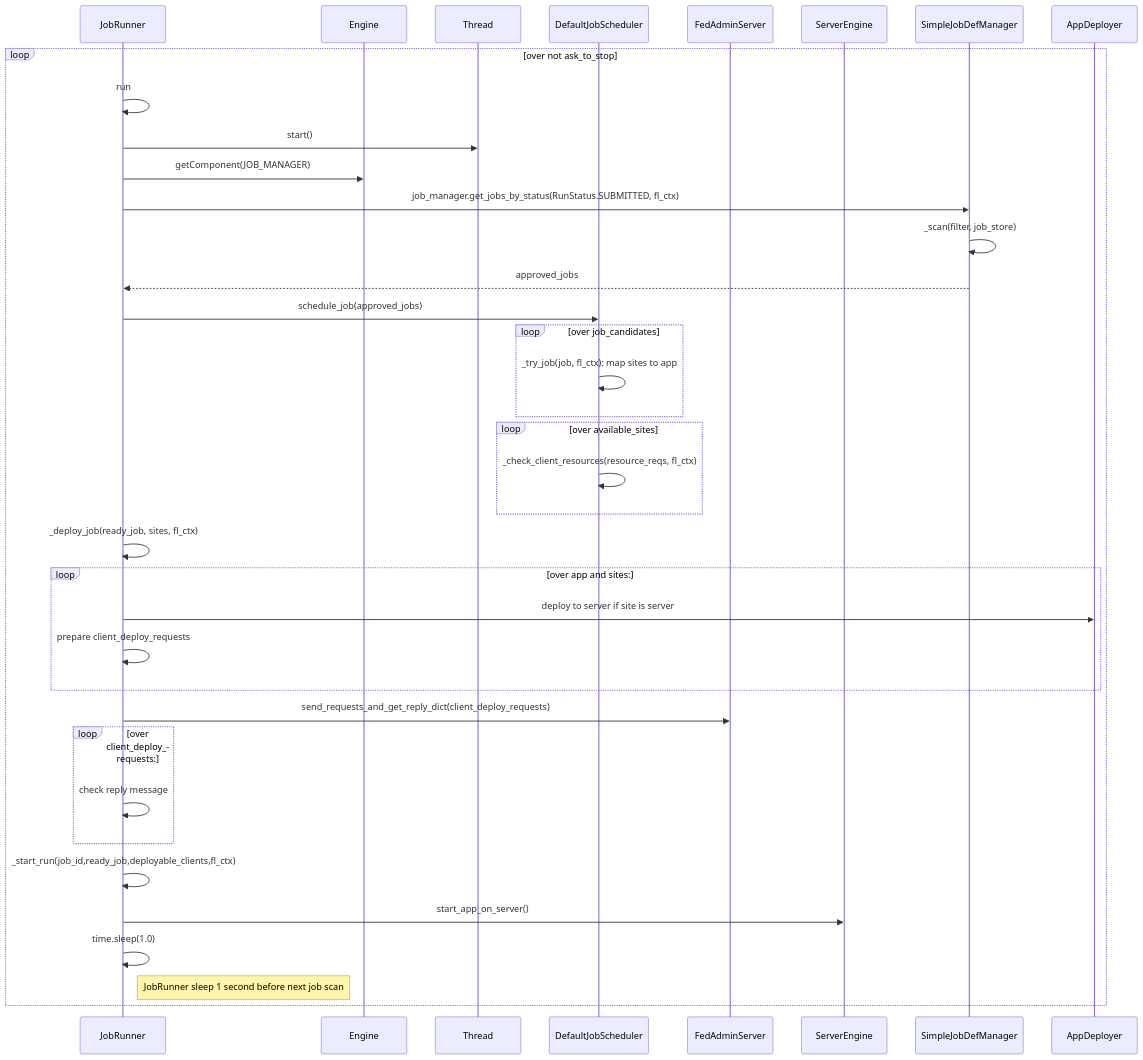
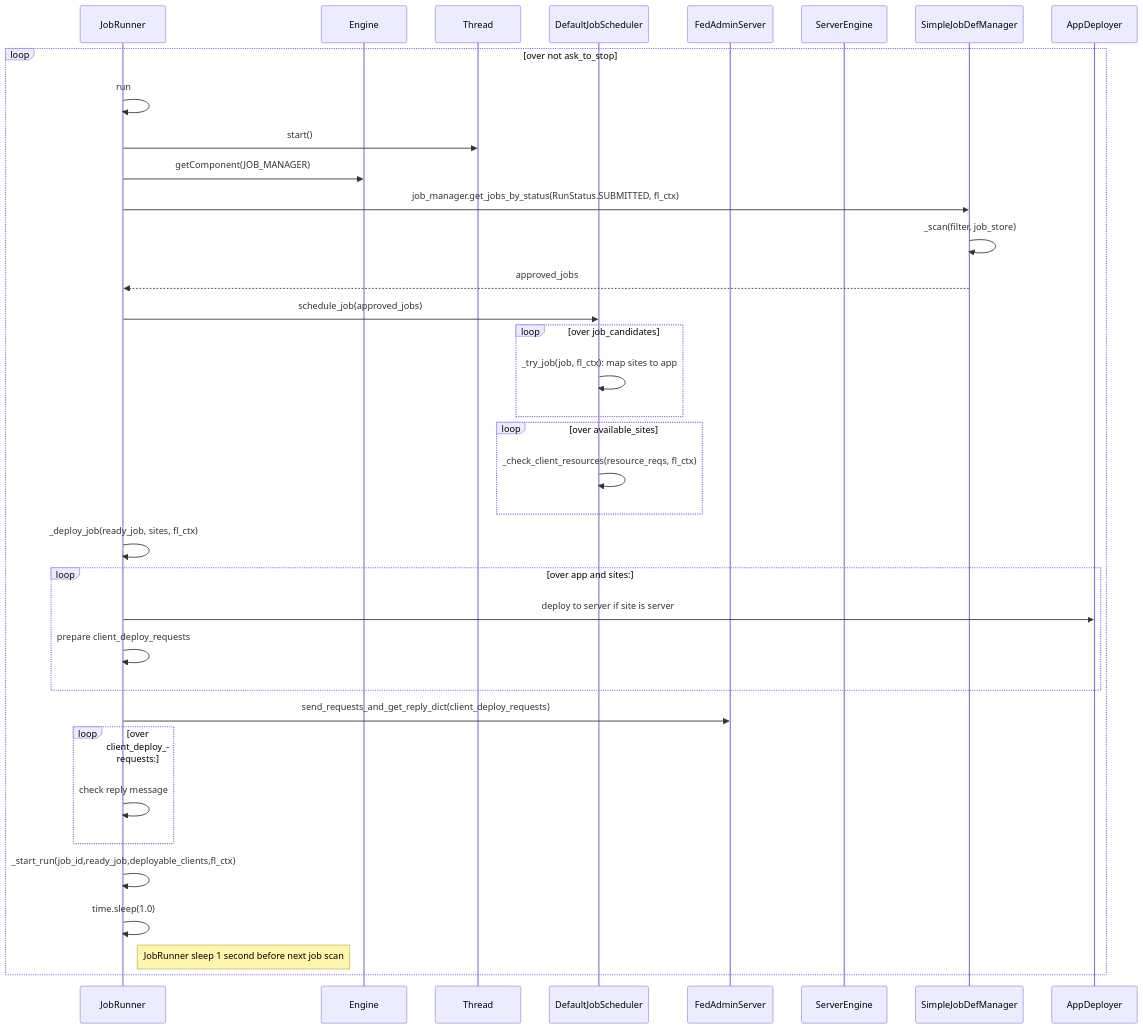
One commit to hitesh-ag1/NVFlare changed the eighth of 16 diagrams in docs/system_state_and_flow/system_workflow.md. Above: the diagram before and after it, drawn with Mermaid. The commit also changed other lines of this file and 17 other files, not shown here.

Commit message:
Add SVG graphs generated from mermaid_cli from Mermaid Graph

````diff
--- a/docs/system_state_and_flow/system_workflow.md
+++ b/docs/system_state_and_flow/system_workflow.md
@@ -223,43 +223,42 @@
 ```mermaid
 sequenceDiagram
     participant JobRunner
     participant Engine
     participant Thread
     participant DefaultJobScheduler
     participant FedAdminServer
     participant ServerEngine
     
     loop over not ask_to_stop
         JobRunner ->> JobRunner : run
         JobRunner ->> Thread : start()
         JobRunner ->> Engine : getComponent(JOB_MANAGER)
         JobRunner ->> SimpleJobDefManager: job_manager.get_jobs_by_status(RunStatus.SUBMITTED, fl_ctx)
         SimpleJobDefManager ->> SimpleJobDefManager: _scan(filter, job_store)
         SimpleJobDefManager -->> JobRunner: approved_jobs
         JobRunner ->> DefaultJobScheduler: schedule_job(approved_jobs)
         loop over job_candidates
             DefaultJobScheduler ->> DefaultJobScheduler: _try_job(job, fl_ctx): map sites to app; 
         end
         loop over available_sites
             DefaultJobScheduler ->> DefaultJobScheduler: _check_client_resources(resource_reqs, fl_ctx)
         end 
         
         JobRunner ->> JobRunner: _deploy_job(ready_job, sites, fl_ctx)
         loop over app and sites: 
             JobRunner ->> AppDeployer: deploy to server if site is server 
             JobRunner ->> JobRunner: prepare client_deploy_requests
         end
         JobRunner ->> FedAdminServer: send_requests_and_get_reply_dict(client_deploy_requests)
 
         loop over client_deploy_requests: 
             JobRunner ->> JobRunner : check reply message
         end
         
         JobRunner ->> JobRunner: _start_run(job_id,ready_job,deployable_clients,fl_ctx)
-        JobRunner ->> ServerEngine : start_app_on_server()
         JobRunner ->> JobRunner:  time.sleep(1.0)
         note right of JobRunner: JobRunner sleep 1 second before next job scan 
     end
     
     
 ```
````
